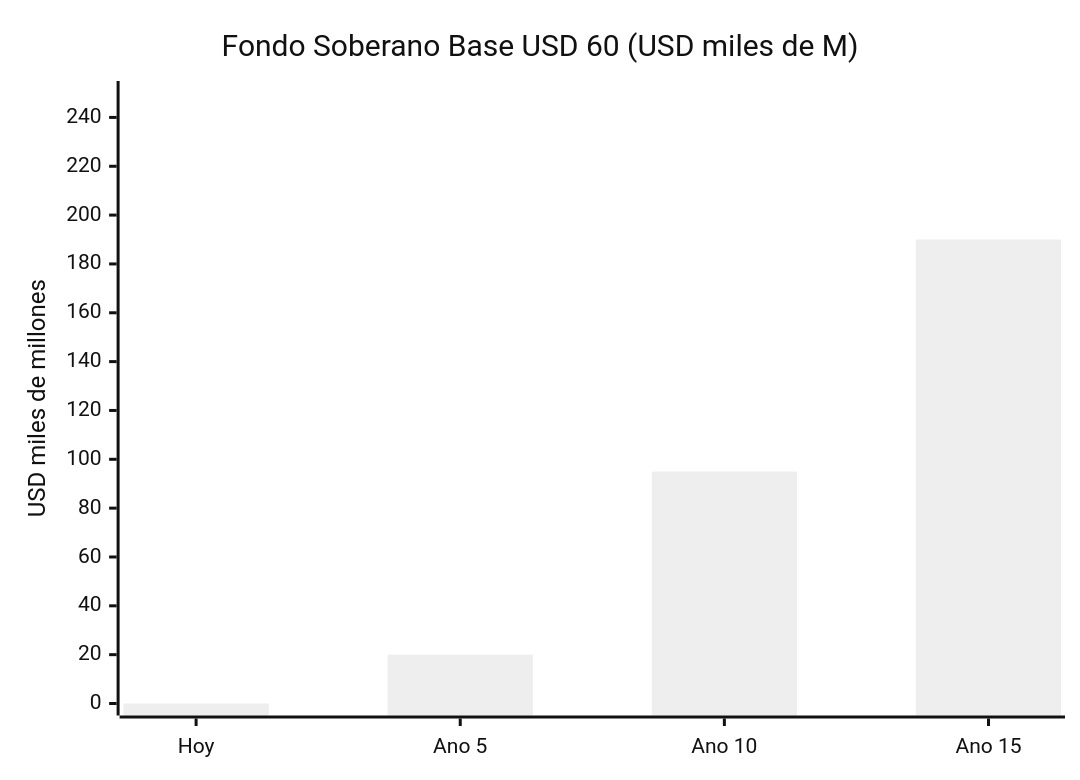
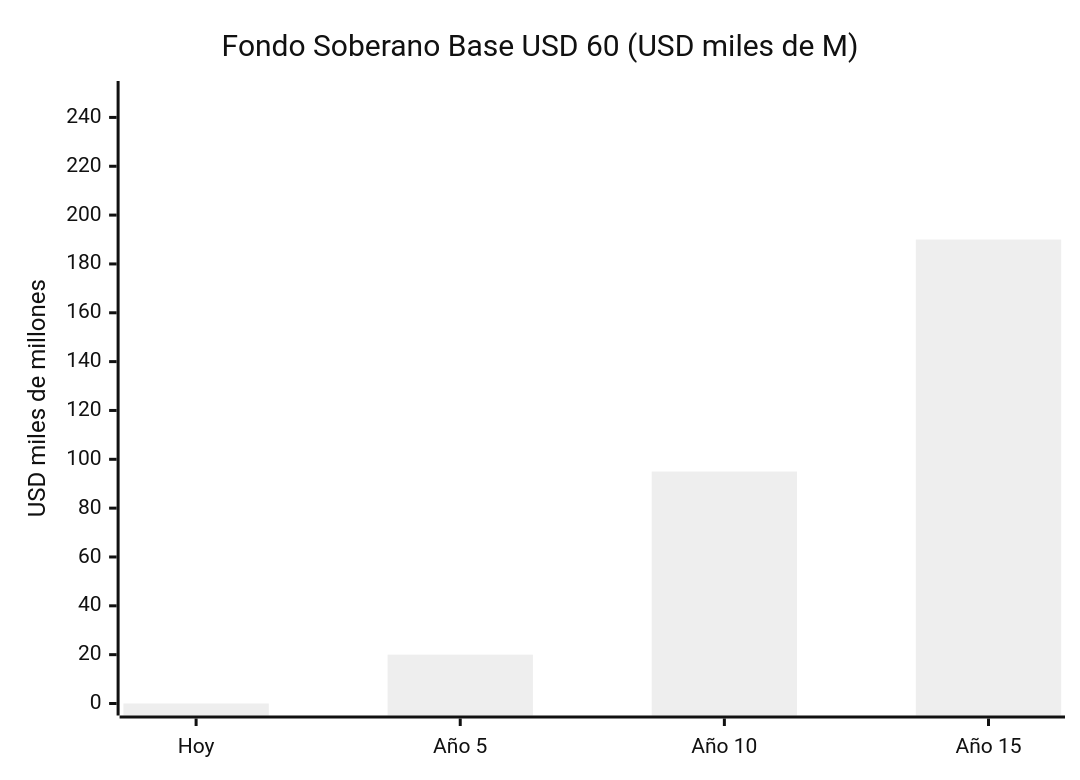
Before and after one commit to Venezuela-S-A/venezuela-sa: the second of 3 diagrams in docs/07-ejecucion/proyecciones.md, drawn with Mermaid (neutral theme). The commit also changed 127 other files, not shown here.

````diff
--- a/docs/07-ejecucion/proyecciones.md
+++ b/docs/07-ejecucion/proyecciones.md
@@ -16,7 +16,7 @@
 ```mermaid
 xychart-beta
     title "Fondo Soberano Base USD 60 (USD miles de M)"
-    x-axis ["Hoy", "Ano 5", "Ano 10", "Ano 15"]
+    x-axis ["Hoy", "Año 5", "Año 10", "Año 15"]
     y-axis "USD miles de millones" 0 --> 250
     bar [0, 20, 95, 190]
 ```
````
